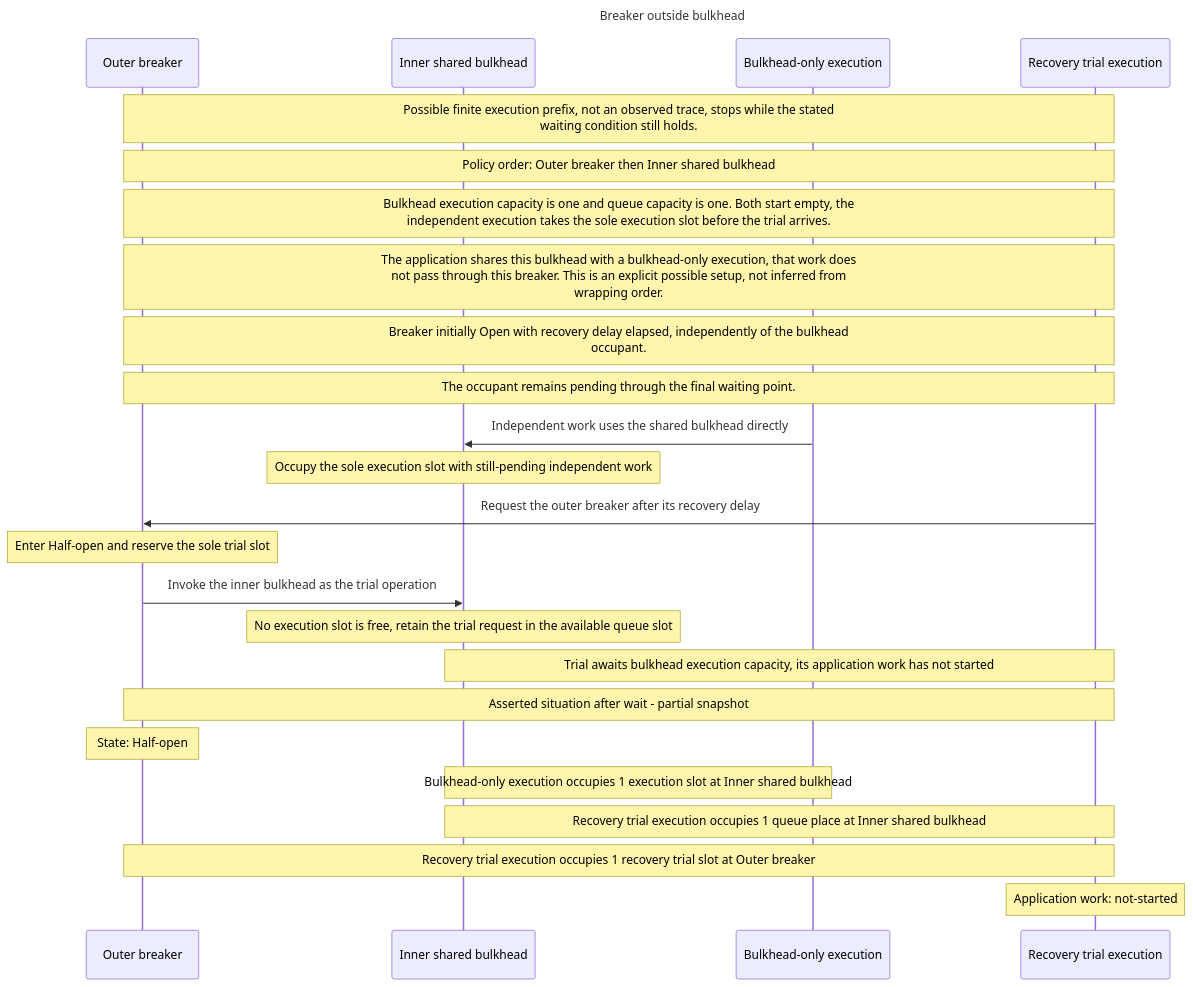
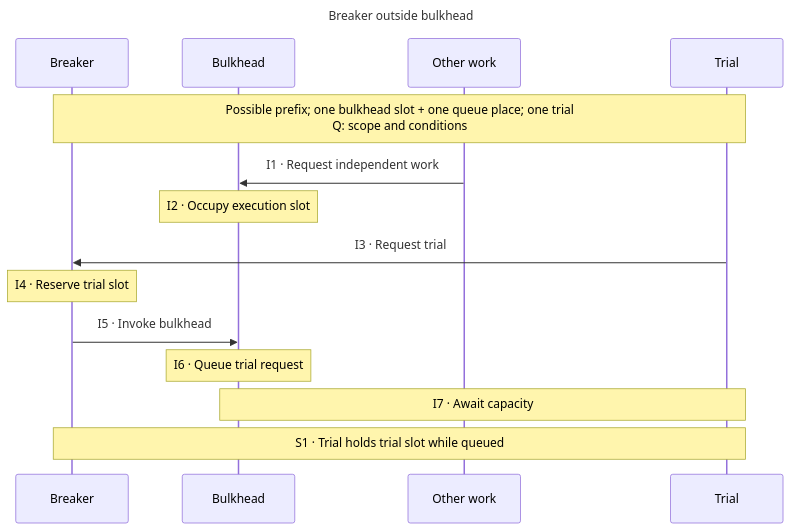
Before and after one commit to ronen/postcode: the diagram in notes/structured-account-example/composition/breaker-outside.mmd, drawn with Mermaid. The commit also changed 29 other files, not shown here.

Commit message:
Clarify diagram overviews with concise labels and keyed legends

```diff
--- a/notes/structured-account-example/composition/breaker-outside.mmd
+++ b/notes/structured-account-example/composition/breaker-outside.mmd
@@ -1,25 +1,15 @@
 sequenceDiagram
-    title Breaker outside bulkhead
-    participant p0 as Outer breaker
-    participant p1 as Inner shared bulkhead
-    participant p2 as Bulkhead-only execution
-    participant p3 as Recovery trial execution
-    Note over p0,p3: Possible finite execution prefix, not an observed trace, stops while the stated<br/>waiting condition still holds.
-    Note over p0,p3: Policy order: Outer breaker then Inner shared bulkhead
-    Note over p0,p3: Bulkhead execution capacity is one and queue capacity is one. Both start empty, the<br/>independent execution takes the sole execution slot before the trial arrives.
-    Note over p0,p3: The application shares this bulkhead with a bulkhead-only execution, that work does<br/>not pass through this breaker. This is an explicit possible setup, not inferred from<br/>wrapping order.
-    Note over p0,p3: Breaker initially Open with recovery delay elapsed, independently of the bulkhead<br/>occupant.
-    Note over p0,p3: The occupant remains pending through the final waiting point.
-    p2->>p1: Independent work uses the shared bulkhead directly
-    Note over p1: Occupy the sole execution slot with still-pending independent work
-    p3->>p0: Request the outer breaker after its recovery delay
-    Note over p0: Enter Half-open and reserve the sole trial slot
-    p0->>p1: Invoke the inner bulkhead as the trial operation
-    Note over p1: No execution slot is free, retain the trial request in the available queue slot
-    Note over p3,p1: Trial awaits bulkhead execution capacity, its application work has not started
-    Note over p0,p3: Asserted situation after wait - partial snapshot
-    Note over p0: State: Half-open
-    Note over p2,p1: Bulkhead-only execution occupies 1 execution slot at Inner shared bulkhead
-    Note over p3,p1: Recovery trial execution occupies 1 queue place at Inner shared bulkhead
-    Note over p3,p0: Recovery trial execution occupies 1 recovery trial slot at Outer breaker
-    Note over p3: Application work: not-started
+  title Breaker outside bulkhead
+  participant p0 as Breaker
+  participant p1 as Bulkhead
+  participant p2 as Other work
+  participant p3 as Trial
+  Note over p0,p3: Possible prefix#59; one bulkhead slot + one queue place#59; one trial<br/>Q: scope and conditions
+  p2->>p1: I1 · Request independent work
+  Note over p1: I2 · Occupy execution slot
+  p3->>p0: I3 · Request trial
+  Note over p0: I4 · Reserve trial slot
+  p0->>p1: I5 · Invoke bulkhead
+  Note over p1: I6 · Queue trial request
+  Note over p1,p3: I7 · Await capacity
+  Note over p0,p3: S1 · Trial holds trial slot while queued
```
